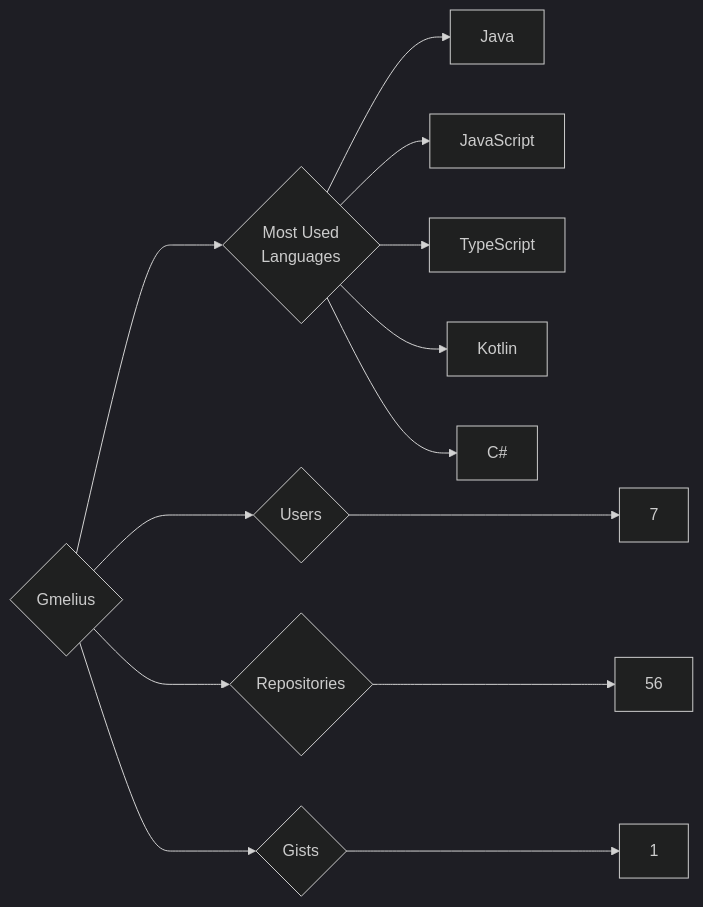
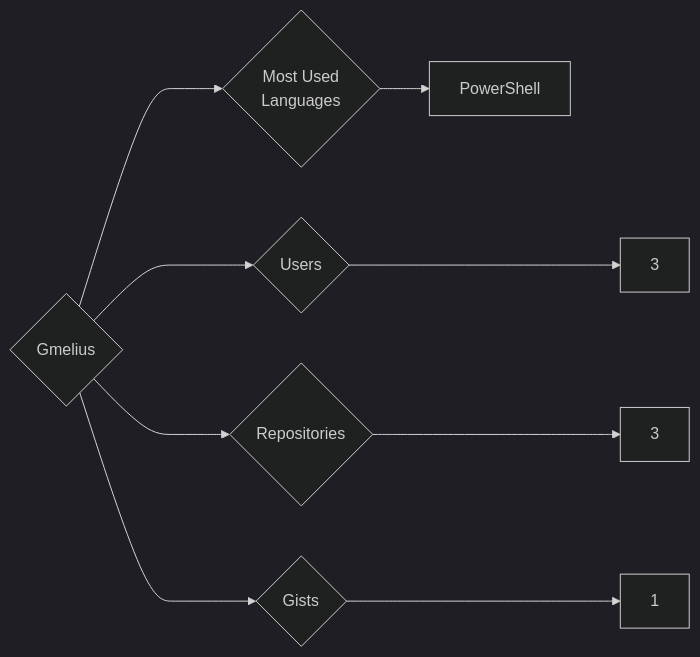
The diagram in targets/Gmelius/README.md (trickest/insiders), drawn with Mermaid (dark theme) before and after one commit. The commit also changed 934 other files, not shown here.

````diff
--- a/targets/Gmelius/README.md
+++ b/targets/Gmelius/README.md
@@ -3,13 +3,9 @@
 ```mermaid
 graph LR
 COMPANY_NAME{Gmelius}
-COMPANY_NAME ---> U{Users} ---> UN[7]
-COMPANY_NAME ---> R{Repositories} ---> RN[56]
+COMPANY_NAME ---> U{Users} ---> UN[3]
+COMPANY_NAME ---> R{Repositories} ---> RN[3]
 COMPANY_NAME ---> G{Gists} ---> GN[1]
 COMPANY_NAME ---> ML{Most Used<br>Languages}
-ML --> Java[Java]
-ML --> JavaScript[JavaScript]
-ML --> TypeScript[TypeScript]
-ML --> Kotlin[Kotlin]
-ML --> C#[C#]
+ML --> PowerShell[PowerShell]
 ```
````
